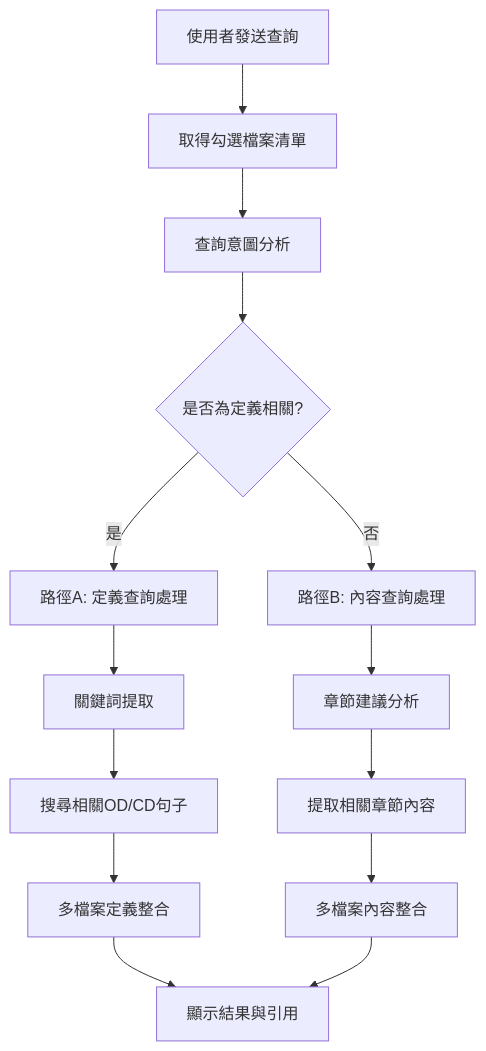
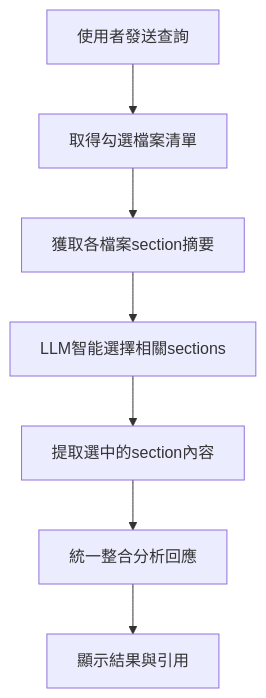
Before and after one commit to Bighsueh/literature-review-pure-front: the second of 2 diagrams in docs/enhanced_system_workflow.md, drawn with Mermaid. The commit also changed other lines of this file and 2 other files, not shown here.

````diff
--- a/docs/enhanced_system_workflow.md
+++ b/docs/enhanced_system_workflow.md
@@ -415,18 +415,9 @@
 ```mermaid
 graph TD
     A[使用者發送查詢] --> B[取得勾選檔案清單]
-    B --> C[查詢意圖分析]
-    C --> D{是否為定義相關?}
-    D -->|是| E[路徑A: 定義查詢處理]
-    D -->|否| F[路徑B: 內容查詢處理]
-    
-    E --> E1[關鍵詞提取]
-    E1 --> E2[搜尋相關OD/CD句子]
-    E2 --> E3[多檔案定義整合]
-    E3 --> G[顯示結果與引用]
-    
-    F --> F1[章節建議分析]
-    F1 --> F2[提取相關章節內容]
-    F2 --> F3[多檔案內容整合]
-    F3 --> G
+    B --> C[獲取各檔案section摘要]
+    C --> D[LLM智能選擇相關sections]
+    D --> E[提取選中的section內容]
+    E --> F[統一整合分析回應]
+    F --> G[顯示結果與引用]
 ```
````
